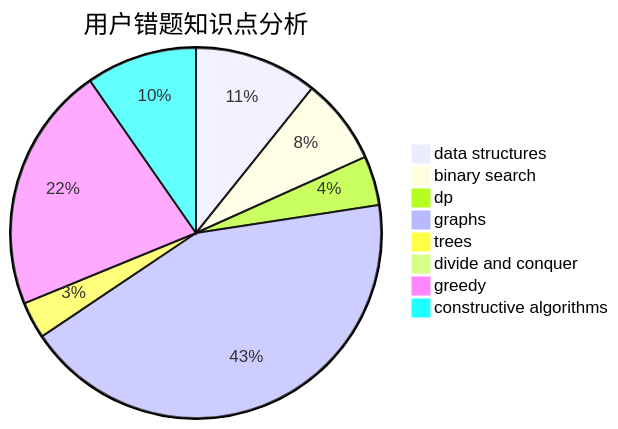
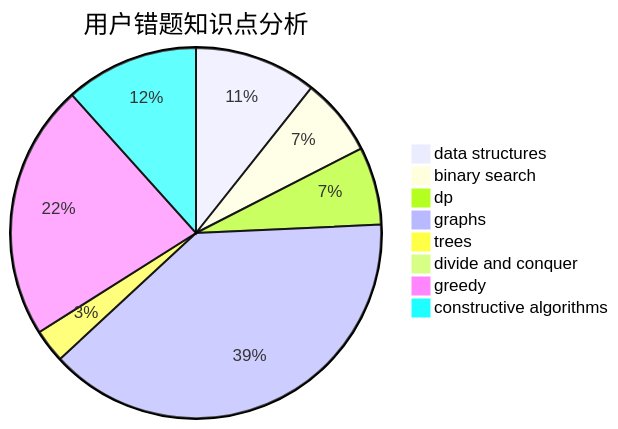
The third of 3 diagrams in docs/user/u690.md (sherpahu/cfrs.github.io), drawn with Mermaid before and after one commit. The commit also changed other lines of this file and 2770 other files, not shown here.

````diff
--- a/docs/user/u690.md
+++ b/docs/user/u690.md
@@ -36,11 +36,11 @@
 ```mermaid
 pie title 用户错题知识点分析
-    "data structures" :  10
+    "data structures" :  11
     "binary search" :  7
-    "dp" :  4
+    "dp" :  7
     "graphs" :  40
     "trees" :  3
     "divide and conquer" :  0
-    "greedy" :  20
-    "constructive algorithms" :  9
+    "greedy" :  23
+    "constructive algorithms" :  12
 ```
````
